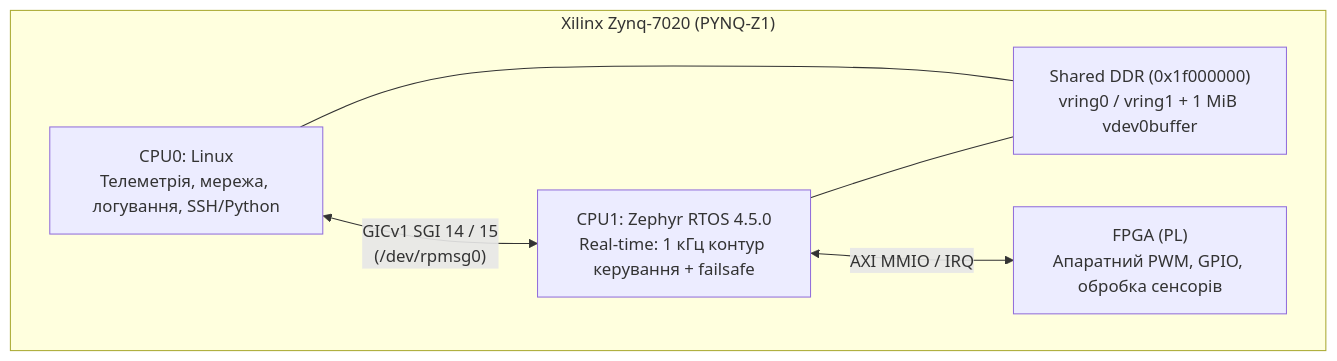
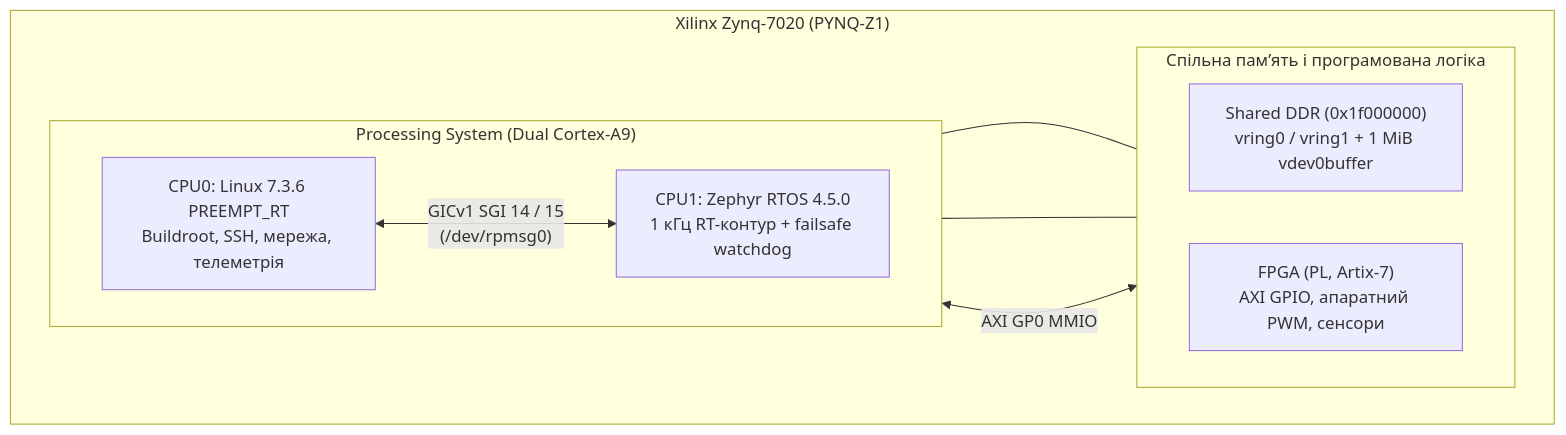
The first of 5 diagrams in DOU/DOU-Zephyr-RTOS-on-PYNQ-Z1-AMP-OpenAMP-Part2-UA.md (nick-fedchik/articles), drawn with Mermaid before and after one commit.

Commit message:
Improve Diagram 1 layout: horizontal side-by-side CPU0/CPU1 and Shared DDR/FPGA subgraphs

````diff
--- a/DOU/DOU-Zephyr-RTOS-on-PYNQ-Z1-AMP-OpenAMP-Part2-UA.md
+++ b/DOU/DOU-Zephyr-RTOS-on-PYNQ-Z1-AMP-OpenAMP-Part2-UA.md
@@ -22,14 +22,21 @@
 ```mermaid
 flowchart TB
     subgraph Zynq7020["Xilinx Zynq-7020 (PYNQ-Z1)"]
-        CPU0["CPU0: Linux\nТелеметрія, мережа, логування, SSH/Python"]
-        CPU1["CPU1: Zephyr RTOS 4.5.0\nReal-time: 1 кГц контур керування + failsafe"]
-        PL["FPGA (PL)\nАпаратний PWM, GPIO, обробка сенсорів"]
-        SHM["Shared DDR (0x1f000000)\nvring0 / vring1 + 1 MiB vdev0buffer"]
+        subgraph PS["Processing System (Dual Cortex-A9)"]
+            direction LR
+            CPU0["CPU0: Linux 7.3.6 PREEMPT_RT<br/>Buildroot, SSH, мережа, телеметрія"]
+            CPU1["CPU1: Zephyr RTOS 4.5.0<br/>1 кГц RT-контур + failsafe watchdog"]
+            CPU0 <-->|"GICv1 SGI 14 / 15<br/>(/dev/rpmsg0)"| CPU1
+        end
 
-        CPU0 <-- "GICv1 SGI 14 / 15\n(/dev/rpmsg0)" --> CPU1
+        subgraph HW["Спільна пам’ять і програмована логіка"]
+            direction LR
+            SHM["Shared DDR (0x1f000000)<br/>vring0 / vring1 + 1 MiB vdev0buffer"]
+            PL["FPGA (PL, Artix-7)<br/>AXI GPIO, апаратний PWM, сенсори"]
+        end
+
         CPU0 --- SHM
         CPU1 --- SHM
-        CPU1 <-- "AXI MMIO / IRQ" --> PL
+        CPU1 <-->|"AXI GP0 MMIO"| PL
     end
 ```
````
